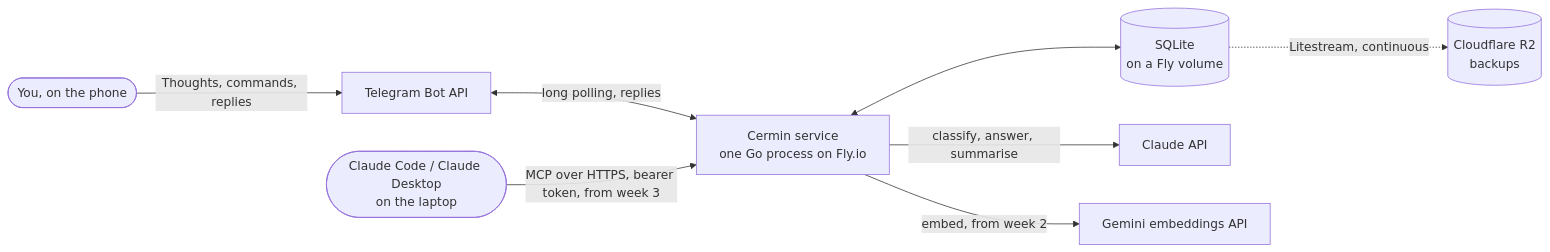
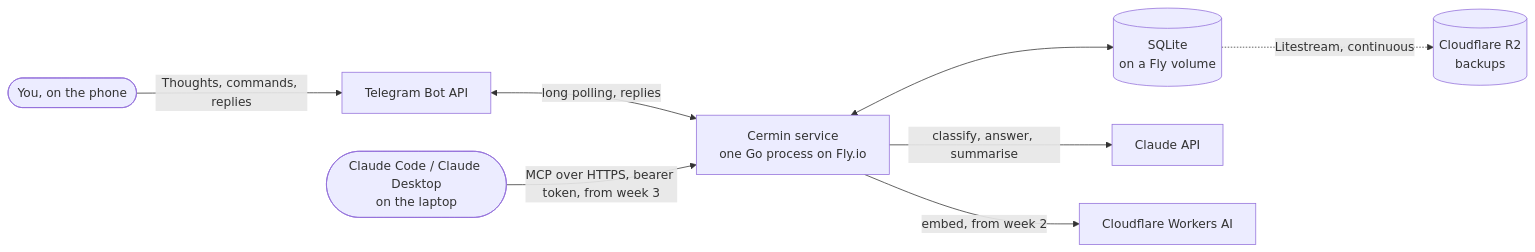
The first of 4 diagrams in docs/design/high-level-design.md (Arkoes07/cermin), drawn with Mermaid before and after one commit. The commit also changed other lines of this file and 17 other files, not shown here.

````diff
--- a/docs/design/high-level-design.md
+++ b/docs/design/high-level-design.md
@@ -60,10 +60,10 @@
 ```mermaid
 flowchart LR
     you(["You, on the phone"]) -->|Thoughts, commands, replies| tg["Telegram Bot API"]
     tg <-->|long polling, replies| cermin["Cermin service<br/>one Go process on Fly.io"]
     cermin <--> db[("SQLite<br/>on a Fly volume")]
     db -.->|Litestream, continuous| r2[("Cloudflare R2<br/>backups")]
     cermin -->|classify, answer, summarise| claude["Claude API"]
-    cermin -->|embed, from week 2| gemini["Gemini embeddings API"]
+    cermin -->|embed, from week 2| workersai["Cloudflare Workers AI"]
     client(["Claude Code / Claude Desktop<br/>on the laptop"]) -->|MCP over HTTPS, bearer token, from week 3| cermin
 ```
````
